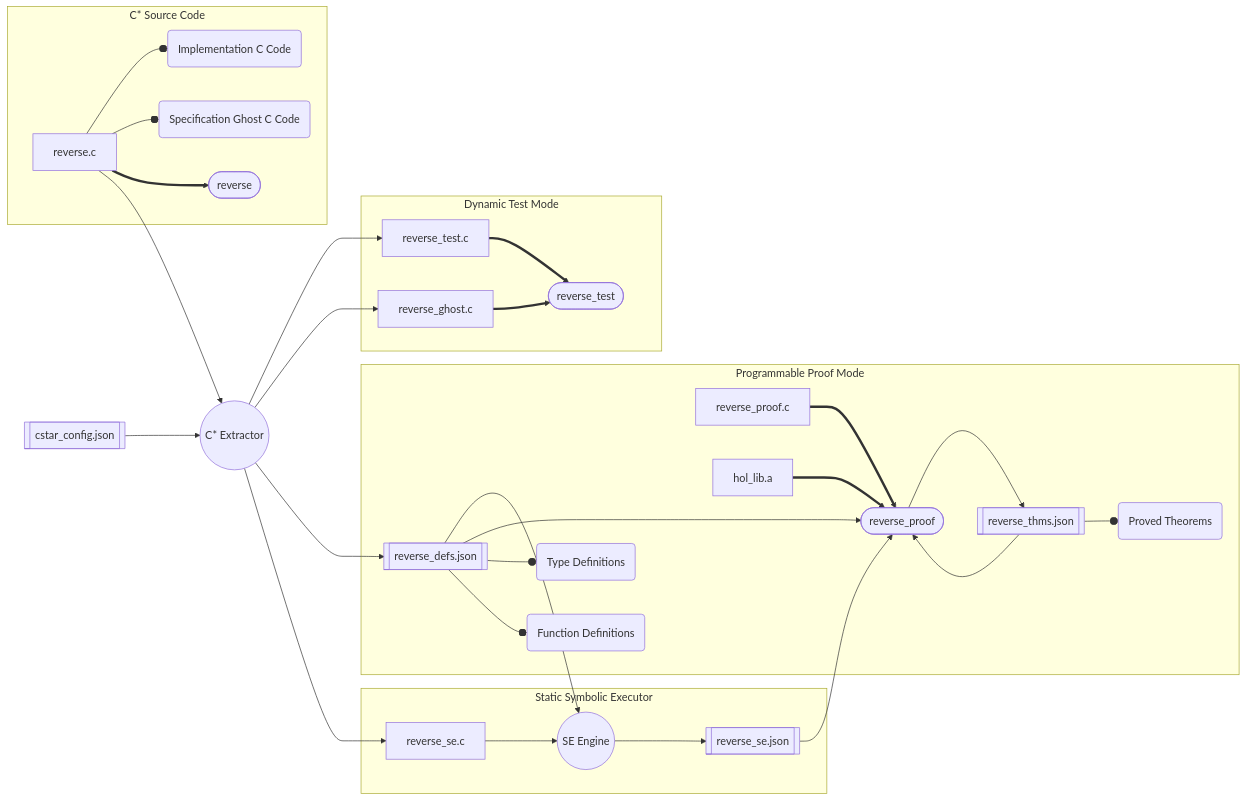
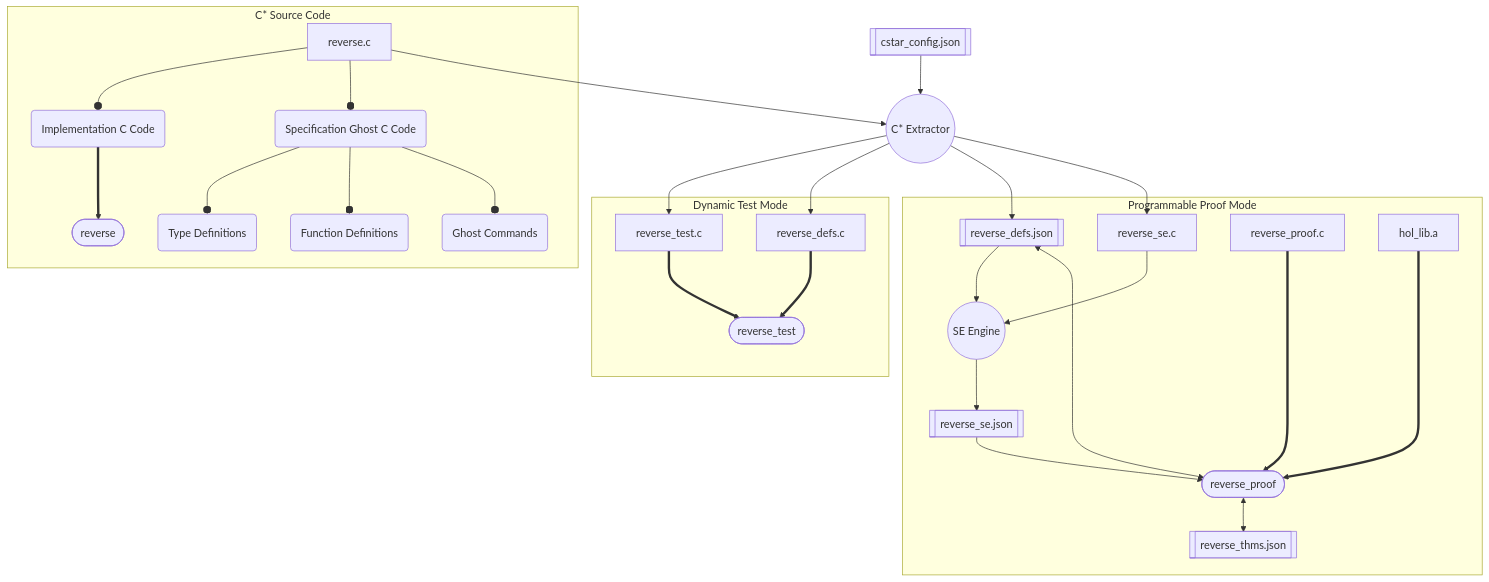
One commit to yiyuan-cao/x-star changed the diagram in examples/linked_list/reverse/architecture.md. Above: the diagram before and after it, drawn with Mermaid.

Commit message:
Simplified architecture.

````diff
--- a/examples/linked_list/reverse/architecture.md
+++ b/examples/linked_list/reverse/architecture.md
@@ -3,54 +3,49 @@
 ```mermaid
-graph LR
+graph TD
     CSTAR_EXTRACTOR((C* Extractor))
     CSTAR_CONFIG_JSON[["cstar_config.json"]]
     
-    CSTAR_CONFIG_JSON --> CSTAR_EXTRACTOR
-    
     subgraph "C* Source Code"
         REVERSE_C --o REVERSE_C_IMPL & REVERSE_C_GHOST
+        REVERSE_C_GHOST --o TYPE_DEFS & FUN_DEFS & GHOST_COMMANDS
+        REVERSE_C_IMPL ==> REVERSE
+        
+        TYPE_DEFS("Type Definitions")
+        FUN_DEFS("Function Definitions")
+        GHOST_COMMANDS("Ghost Commands")
         
         REVERSE_C["reverse.c"]
         REVERSE_C_IMPL("Implementation C Code")
         REVERSE_C_GHOST("Specification Ghost C Code")
         REVERSE(["reverse"])
     end
 
-    REVERSE_C ==> REVERSE
-    REVERSE_C --> CSTAR_EXTRACTOR --> REVERSE_TEST_C & REVERSE_GHOST_C & REVERSE_DEFS_JSON & REVERSE_SE_C
+    CSTAR_CONFIG_JSON --> CSTAR_EXTRACTOR
+    REVERSE_C --> CSTAR_EXTRACTOR --> REVERSE_TEST_C & REVERSE_DEFS_C & REVERSE_DEFS_JSON & REVERSE_SE_C
 
     subgraph "Dynamic Test Mode"
         REVERSE_TEST_C["reverse_test.c"]
-        REVERSE_GHOST_C["reverse_ghost.c"]
+        REVERSE_DEFS_C["reverse_defs.c"]
         REVERSE_TEST(["reverse_test"])
+
+        REVERSE_TEST_C & REVERSE_DEFS_C ==> REVERSE_TEST
     end
-
-    REVERSE_TEST_C & REVERSE_GHOST_C ==> REVERSE_TEST
-
-    subgraph "Static Symbolic Executor"
+    
+    subgraph Programmable Proof Mode
         SE_ENGINE((SE Engine))
         REVERSE_SE_C["reverse_se.c"]
         REVERSE_SE_JSON[["reverse_se.json"]]
-    end
+    
 
-    REVERSE_SE_C & REVERSE_DEFS_JSON --> SE_ENGINE --> REVERSE_SE_JSON
+        REVERSE_SE_C & REVERSE_DEFS_JSON --> SE_ENGINE --> REVERSE_SE_JSON --> REVERSE_PROOF <--> REVERSE_DEFS_JSON & REVERSE_THMS_JSON
+        REVERSE_PROOF_C & HOL_LIB ====> REVERSE_PROOF
 
-    %%  "Programmable Theory Development and Discharge Proof Obligations"
-    subgraph Programmable Proof Mode
-        REVERSE_SE_JSON & REVERSE_DEFS_JSON --> REVERSE_PROOF
-        REVERSE_THMS_JSON --> REVERSE_PROOF --> REVERSE_THMS_JSON
-        REVERSE_DEFS_JSON --o TYPE_DEFS & FUN_DEFS
-        REVERSE_THMS_JSON --o THMS
-
-        TYPE_DEFS("Type Definitions")
-        FUN_DEFS("Function Definitions")
-        THMS("Proved Theorems")
         REVERSE_PROOF_C["reverse_proof.c"]
         REVERSE_PROOF(["reverse_proof"])
         REVERSE_DEFS_JSON[["reverse_defs.json"]]
         REVERSE_THMS_JSON[["reverse_thms.json"]]
         HOL_LIB[hol_lib.a]
     end
     
-    REVERSE_PROOF_C & HOL_LIB ==> REVERSE_PROOF
+
 ```
````
